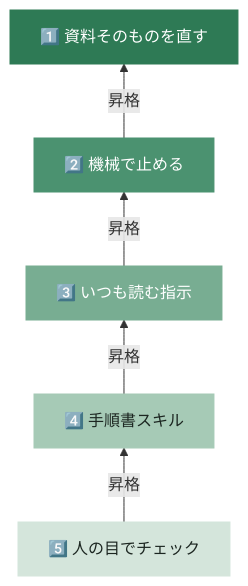
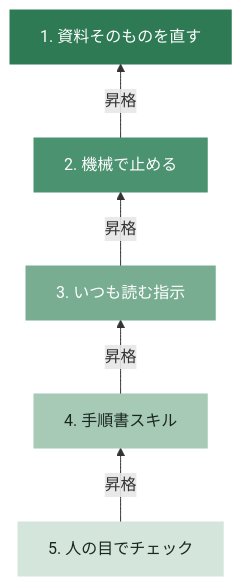
One commit to souljazzfunk/zenn-content changed the fourth of 14 diagrams in articles/20260923-ai-kitchen-trust-ladder.md. Above: the diagram before and after it, drawn with Mermaid. The commit also changed other lines of this file and 7 other files, not shown here.

````diff
--- a/articles/20260923-ai-kitchen-trust-ladder.md
+++ b/articles/20260923-ai-kitchen-trust-ladder.md
@@ -110,19 +110,19 @@
 ```mermaid
 flowchart BT
-    S1["1️⃣ 資料そのものを直す"]
-    S2["2️⃣ 機械で止める"]
-    S3["3️⃣ いつも読む指示"]
-    S4["4️⃣ 手順書スキル"]
-    S5["5️⃣ 人の目でチェック"]
+    S1["1. 資料そのものを直す"]
+    S2["2. 機械で止める"]
+    S3["3. いつも読む指示"]
+    S4["4. 手順書スキル"]
+    S5["5. 人の目でチェック"]
     S5 -->|"昇格"| S4 -->|"昇格"| S3 -->|"昇格"| S2 -->|"昇格"| S1
     classDef r1 fill:#2e7a55,stroke:#2e7a55,color:#ffffff
     classDef r2 fill:#4b9270,stroke:#4b9270,color:#ffffff
     classDef r3 fill:#78ad92,stroke:#78ad92,color:#ffffff
     classDef r4 fill:#a6cab6,stroke:#a6cab6,color:#1c2621
     classDef r5 fill:#d4e5db,stroke:#d4e5db,color:#1c2621
     class S1 r1
     class S2 r2
     class S3 r3
     class S4 r4
     class S5 r5
 ```
````
